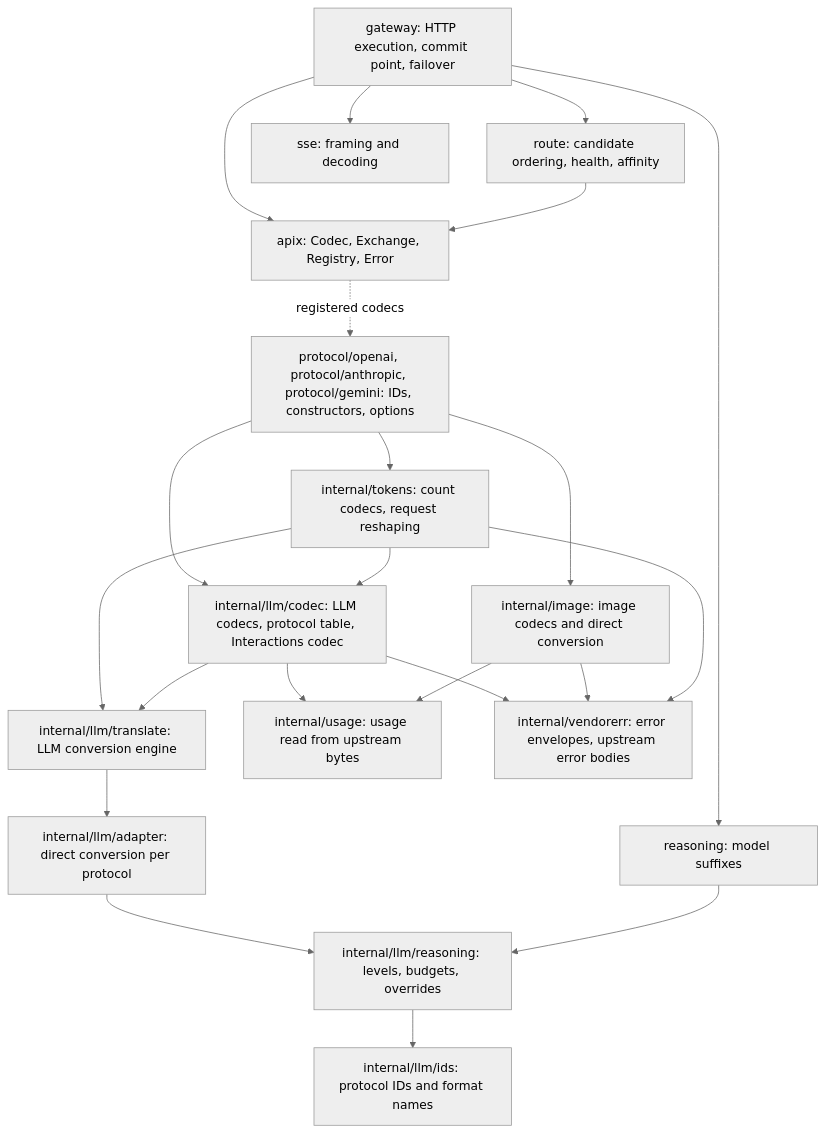
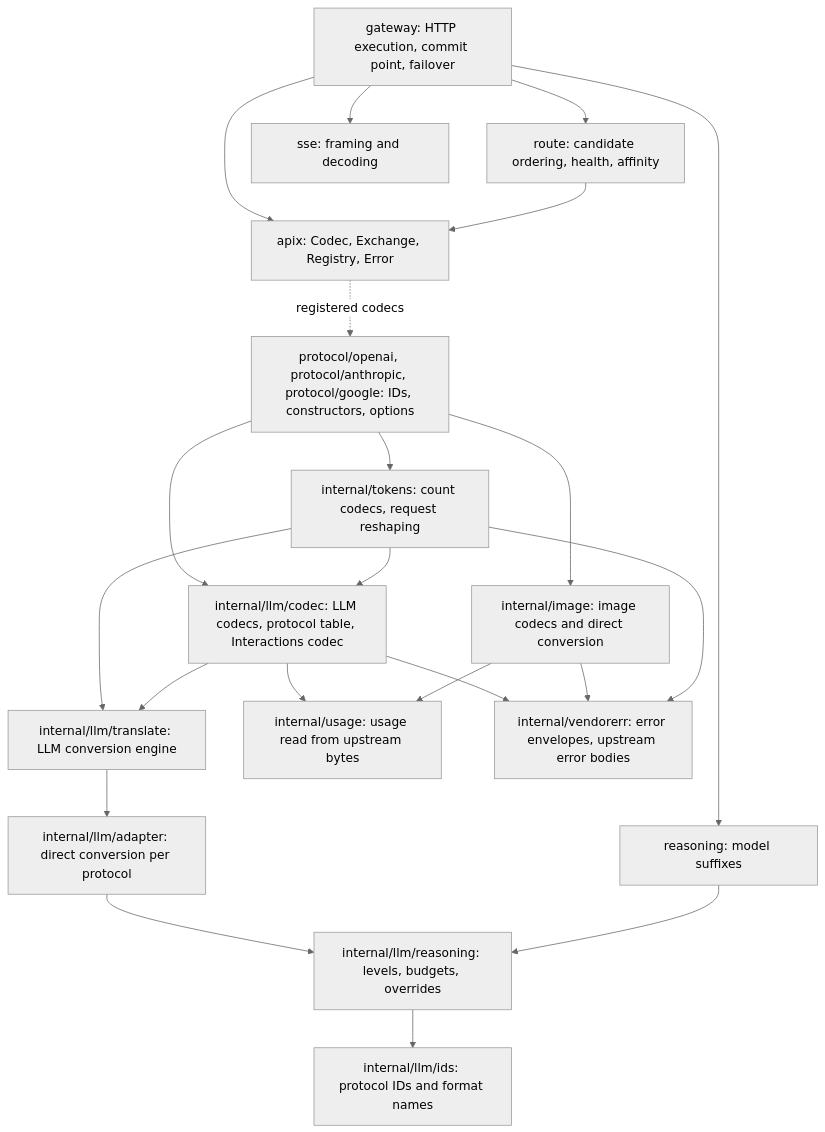
The diagram in docs/architecture.md (dillonzq/apix), drawn with Mermaid (neutral theme) before and after one commit. The commit also changed other lines of this file and 97 other files, not shown here.

First line of the commit message:
refactor!: rename the gemini vendor namespace to google (#9)

````diff
--- a/docs/architecture.md
+++ b/docs/architecture.md
@@ -7,24 +7,24 @@
 ```mermaid
 flowchart TD
     GW[gateway: HTTP execution, commit point, failover] --> RT[route: candidate ordering, health, affinity]
     GW --> RP[reasoning: model suffixes]
     GW --> SSE[sse: framing and decoding]
     GW --> REG[apix: Codec, Exchange, Registry, Error]
     RT --> REG
-    REG -. registered codecs .-> VENDOR[protocol/openai, protocol/anthropic, protocol/gemini: IDs, constructors, options]
+    REG -. registered codecs .-> VENDOR[protocol/openai, protocol/anthropic, protocol/google: IDs, constructors, options]
     VENDOR --> CODEC[internal/llm/codec: LLM codecs, protocol table, Interactions codec]
     VENDOR --> IMAGE[internal/image: image codecs and direct conversion]
     VENDOR --> TOKENS[internal/tokens: count codecs, request reshaping]
     TOKENS --> CODEC
     TOKENS --> ENGINE
     CODEC --> ENGINE[internal/llm/translate: LLM conversion engine]
     ENGINE --> ADAPTERS[internal/llm/adapter: direct conversion per protocol]
     ADAPTERS --> RS[internal/llm/reasoning: levels, budgets, overrides]
     RP --> RS
     RS --> IDS[internal/llm/ids: protocol IDs and format names]
     CODEC --> USAGE[internal/usage: usage read from upstream bytes]
     IMAGE --> USAGE
     CODEC --> VE[internal/vendorerr: error envelopes, upstream error bodies]
     IMAGE --> VE
     TOKENS --> VE
 ```
````
